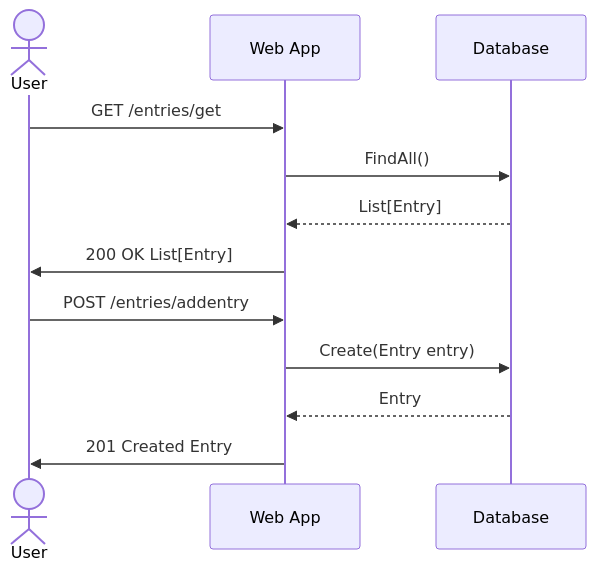
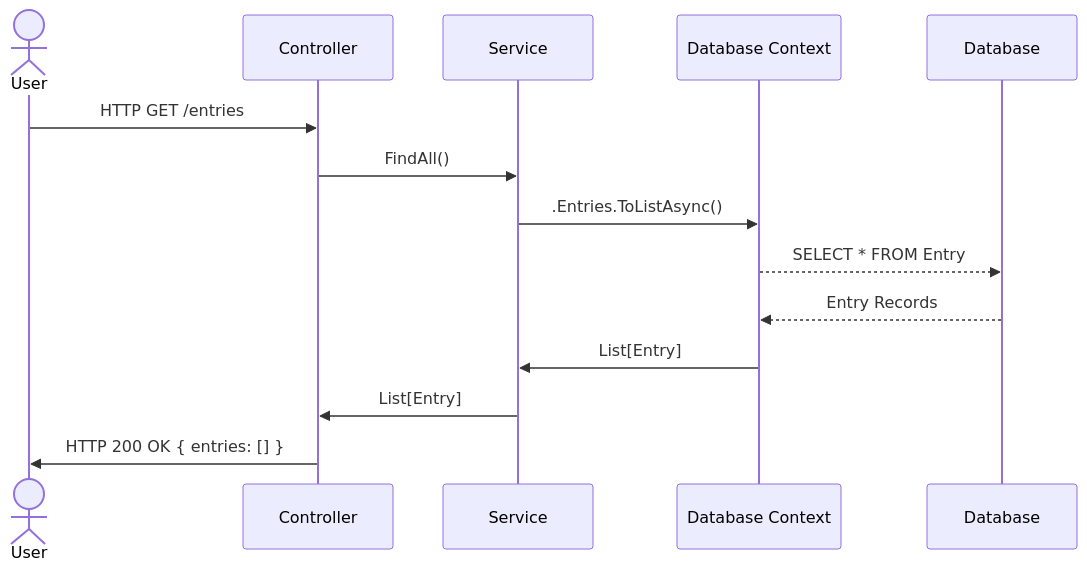
Before and after one commit to debangerter/m223-punchclock-dbangert: the fourth of 5 diagrams in readme.md, drawn with Mermaid. The commit also changed other lines of this file, not shown here.

````diff
--- a/readme.md
+++ b/readme.md
@@ -70,14 +76,16 @@
 ```mermaid
 sequenceDiagram
     actor User
-    participant Web as Web App
+    participant Api as Controller
+    participant Service
+    participant Context as Database Context
     participant DB as Database
-    User ->> Web: GET /entries/get
-    Web ->> DB: FindAll()
-    DB -->> Web: List[Entry]
-    Web ->> User: 200 OK List[Entry]
-    User ->> Web: POST /entries/addentry
-    Web ->> DB: Create(Entry entry)
-    DB -->> Web: Entry
-    Web ->> User: 201 Created Entry
+    User ->> Api: HTTP GET /entries
+    Api ->> Service: FindAll()
+    Service ->> Context: .Entries.ToListAsync()
+    Context -->> DB: SELECT * FROM Entry
+    DB -->> Context: Entry Records
+    Context ->> Service: List[Entry]
+    Service ->> Api: List[Entry]
+    Api ->> User: HTTP 200 OK { entries: [] }
 ```
````
